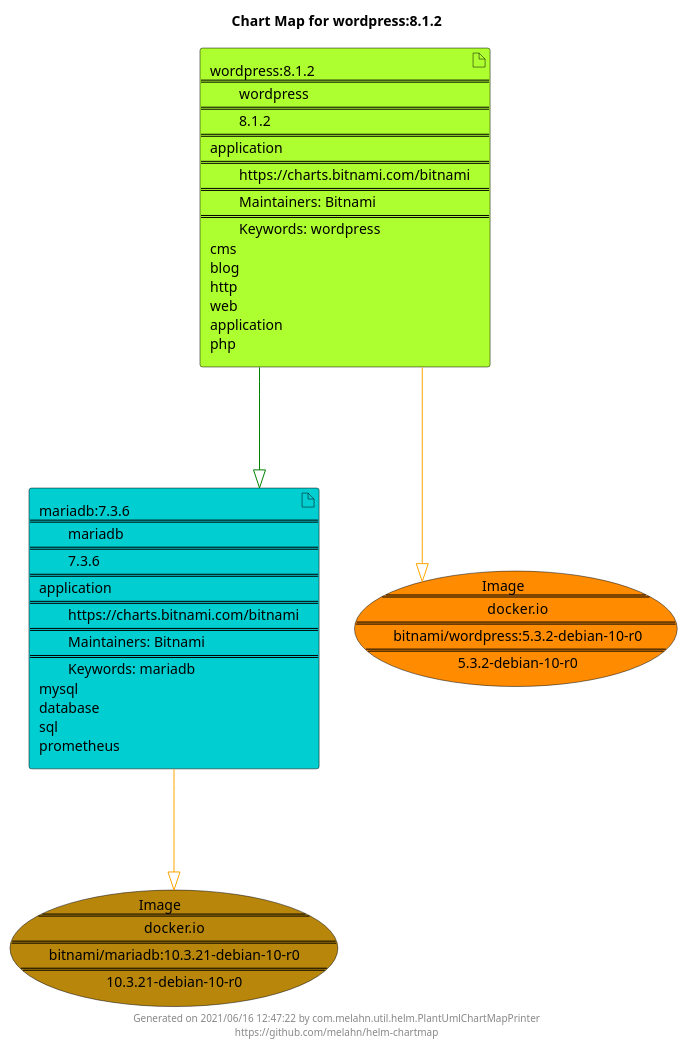
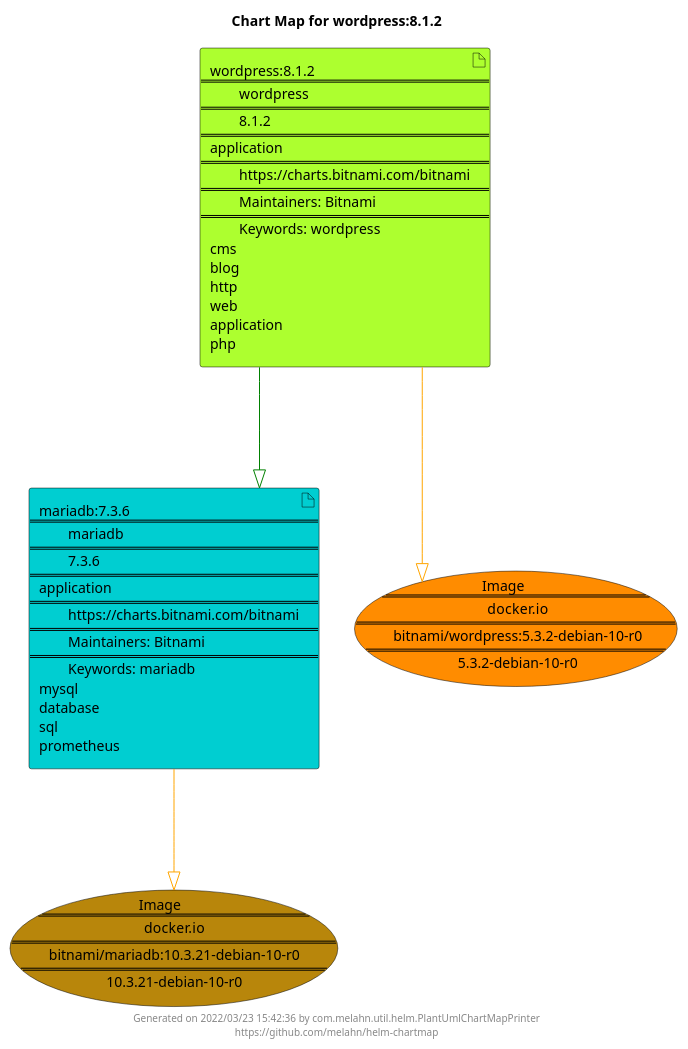
One commit to melahn/helm-chartmap changed the diagram in docs/wordpress/wordpress-8.1.2.puml. Above: the diagram before and after it, drawn with PlantUML. The commit also changed 70 other files, not shown here.

Commit message:
added and updated example charts

```diff
--- a/docs/wordpress/wordpress-8.1.2.puml
+++ b/docs/wordpress/wordpress-8.1.2.puml
@@ -1,25 +1,25 @@
 @startuml
 skinparam linetype ortho
 skinparam backgroundColor white
 skinparam usecaseBorderColor black
 skinparam usecaseArrowColor LightSlateGray
 skinparam artifactBorderColor black
 skinparam artifactArrowColor LightSlateGray
 
 title Chart Map for wordpress:8.1.2
 
 'There are 2 referenced Helm Charts
 artifact "mariadb:7.3.6\n====\n\tmariadb\n====\n\t7.3.6\n====\napplication\n====\n\thttps://charts.bitnami.com/bitnami\n====\n\tMaintainers: Bitnami\n====\n\tKeywords: mariadb\nmysql\ndatabase\nsql\nprometheus" as mariadb_7_3_6 #DarkTurquoise
 artifact "wordpress:8.1.2\n====\n\twordpress\n====\n\t8.1.2\n====\napplication\n====\n\thttps://charts.bitnami.com/bitnami\n====\n\tMaintainers: Bitnami\n====\n\tKeywords: wordpress\ncms\nblog\nhttp\nweb\napplication\nphp" as wordpress_8_1_2 #GreenYellow
 
 'There are 2 referenced Docker Images
 usecase "Image\n====\n\tdocker.io\n====\n\tbitnami/mariadb:10.3.21-debian-10-r0\n====\n\t10.3.21-debian-10-r0" as docker_io_bitnami_mariadb_10_3_21_debian_10_r0 #DarkGoldenRod
 usecase "Image\n====\n\tdocker.io\n====\n\tbitnami/wordpress:5.3.2-debian-10-r0\n====\n\t5.3.2-debian-10-r0" as docker_io_bitnami_wordpress_5_3_2_debian_10_r0 #Darkorange
 
 'Chart Dependencies
 wordpress_8_1_2--[#green]-|>mariadb_7_3_6
 mariadb_7_3_6--[#orange]-|>docker_io_bitnami_mariadb_10_3_21_debian_10_r0
 wordpress_8_1_2--[#orange]-|>docker_io_bitnami_wordpress_5_3_2_debian_10_r0
 
-center footer Generated on 2021/06/16 12:47:22 by com.melahn.util.helm.PlantUmlChartMapPrinter\nhttps://github.com/melahn/helm-chartmap
+center footer Generated on 2022/03/23 15:42:36 by com.melahn.util.helm.PlantUmlChartMapPrinter\nhttps://github.com/melahn/helm-chartmap
 @enduml
```
